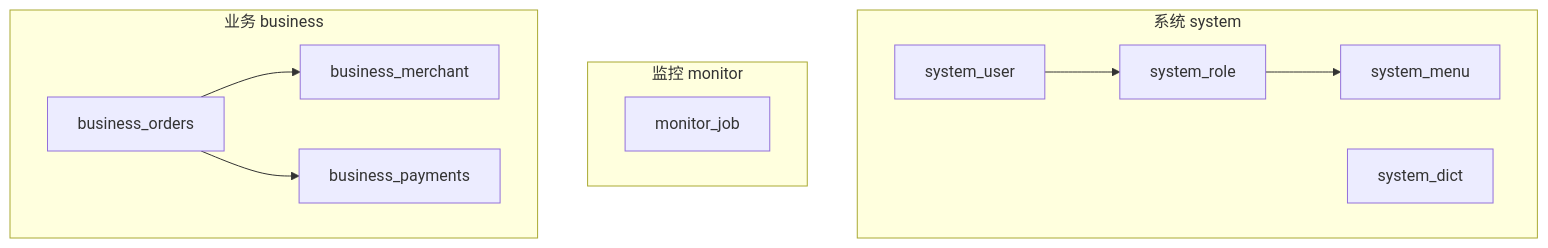
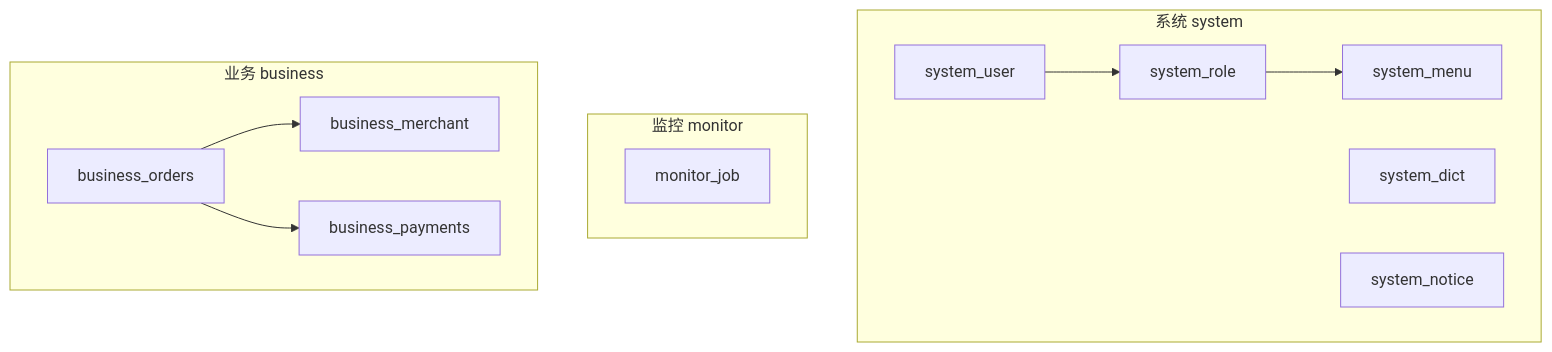
The first of 3 diagrams in docs/architecture/database.md (meishanlaoyao/elysia-admin), drawn with Mermaid before and after one commit. The commit also changed other lines of this file and 2 other files, not shown here.

````diff
--- a/docs/architecture/database.md
+++ b/docs/architecture/database.md
@@ -57,21 +58,22 @@
 ```mermaid
 flowchart TB
     subgraph 系统 system
         U[system_user]
         R[system_role]
         M[system_menu]
         D[system_dict]
+        N[system_notice]
     end
     subgraph 监控 monitor
         J[monitor_job]
     end
     subgraph 业务 business
         BM[business_merchant]
         BO[business_orders]
         BP[business_payments]
     end
     U --> R
     R --> M
     BO --> BM
     BO --> BP
 ```
````
